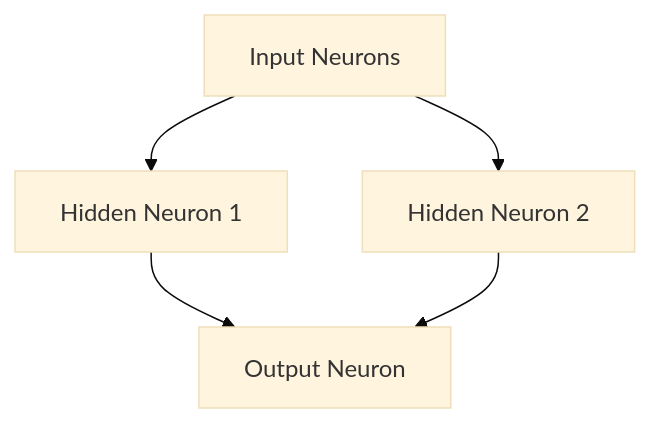
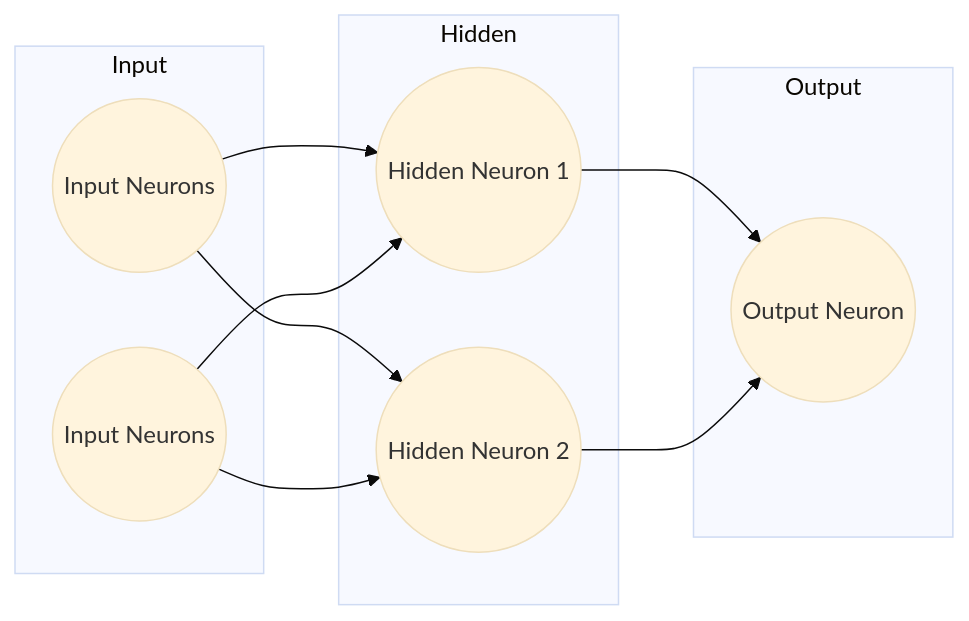
Before and after one commit to momysnow/rete_neurale: the diagram in DOCUMENTATION.md, drawn with Mermaid (base theme). The commit also changed other lines of this file, not shown here.

````diff
--- a/DOCUMENTATION.md
+++ b/DOCUMENTATION.md
@@ -16,7 +16,14 @@
 ```mermaid
-graph TD
-I[Input Neurons] --> H1[Hidden Neuron 1]
-I[Input Neurons] --> H2[Hidden Neuron 2]
-H1[Hidden Neuron 1] --> O[Output Neuron]
-H2[Hidden Neuron 2] --> O[Output Neuron]
+graph LR
+I((Input Neurons)) & I2((Input Neurons)) --> H1((Hidden Neuron 1)) & H2((Hidden Neuron 2)) --> O((Output Neuron))
+
+subgraph Input
+I((Input Neurons)) & I2((Input Neurons))
+end
+subgraph Hidden
+H1((Hidden Neuron 1)) & H2((Hidden Neuron 2))
+end
+subgraph Output
+O((Output Neuron))
+end
 ``` 
````
